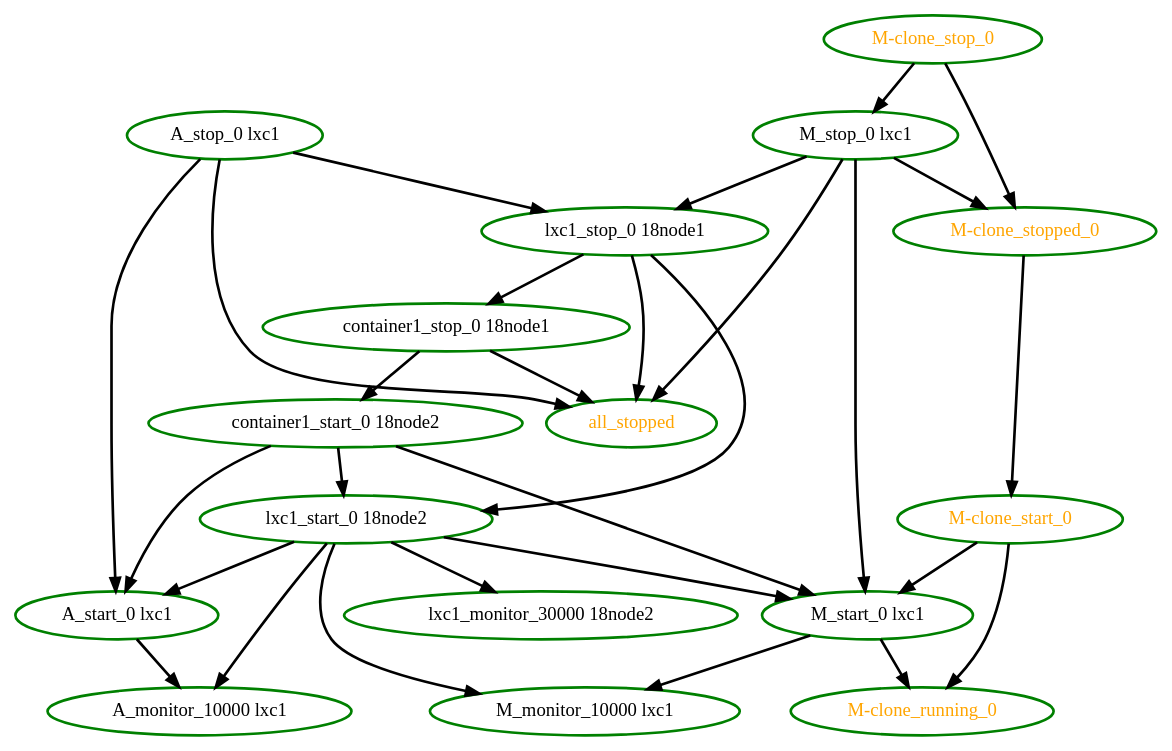
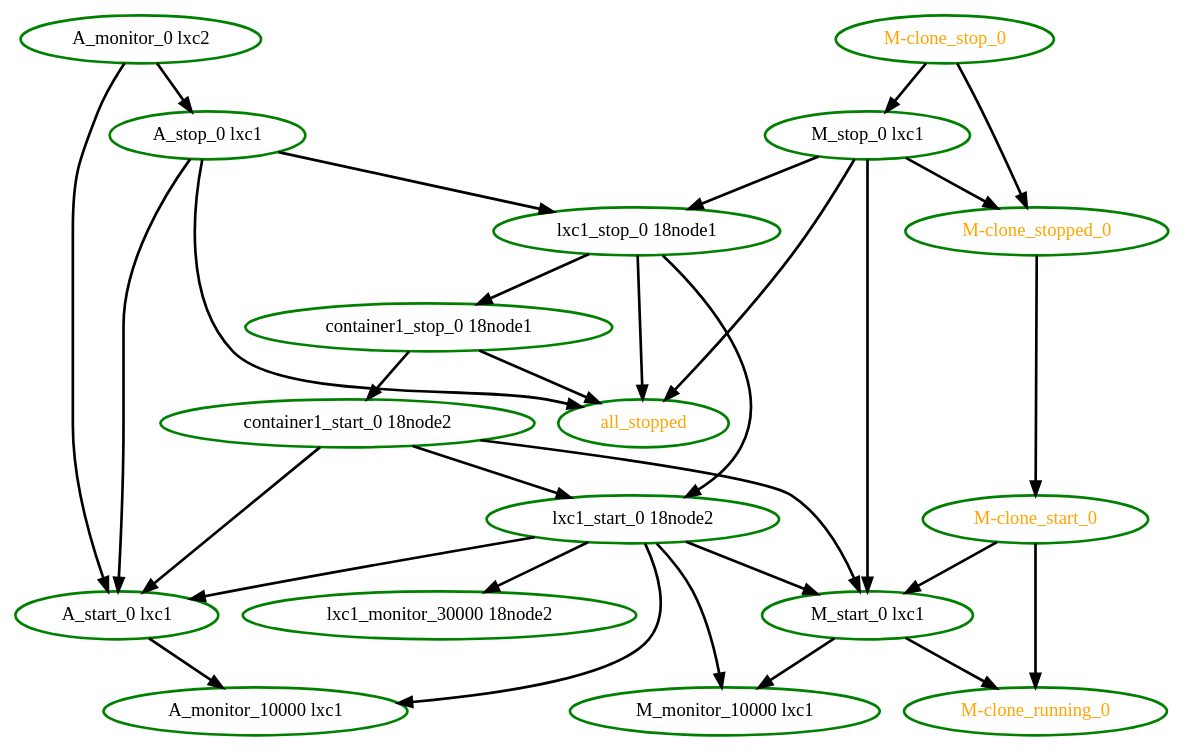
Before and after one commit to ClusterLabs/pacemaker: the diagram in pengine/test10/whitebox-move.dot, drawn with Graphviz. The commit also changed 63 other files, not shown here.

```diff
--- a/pengine/test10/whitebox-move.dot
+++ b/pengine/test10/whitebox-move.dot
@@ -1,46 +1,49 @@
 digraph "g" {
+"A_monitor_0 lxc2" -> "A_start_0 lxc1" [ style = bold]
+"A_monitor_0 lxc2" -> "A_stop_0 lxc1" [ style = bold]
+"A_monitor_0 lxc2" [ style=bold color="green" fontcolor="black"]
 "A_monitor_10000 lxc1" [ style=bold color="green" fontcolor="black"]
 "A_start_0 lxc1" -> "A_monitor_10000 lxc1" [ style = bold]
 "A_start_0 lxc1" [ style=bold color="green" fontcolor="black"]
 "A_stop_0 lxc1" -> "A_start_0 lxc1" [ style = bold]
 "A_stop_0 lxc1" -> "all_stopped" [ style = bold]
 "A_stop_0 lxc1" -> "lxc1_stop_0 18node1" [ style = bold]
 "A_stop_0 lxc1" [ style=bold color="green" fontcolor="black"]
 "M-clone_running_0" [ style=bold color="green" fontcolor="orange"]
 "M-clone_start_0" -> "M-clone_running_0" [ style = bold]
 "M-clone_start_0" -> "M_start_0 lxc1" [ style = bold]
 "M-clone_start_0" [ style=bold color="green" fontcolor="orange"]
 "M-clone_stop_0" -> "M-clone_stopped_0" [ style = bold]
 "M-clone_stop_0" -> "M_stop_0 lxc1" [ style = bold]
 "M-clone_stop_0" [ style=bold color="green" fontcolor="orange"]
 "M-clone_stopped_0" -> "M-clone_start_0" [ style = bold]
 "M-clone_stopped_0" [ style=bold color="green" fontcolor="orange"]
 "M_monitor_10000 lxc1" [ style=bold color="green" fontcolor="black"]
 "M_start_0 lxc1" -> "M-clone_running_0" [ style = bold]
 "M_start_0 lxc1" -> "M_monitor_10000 lxc1" [ style = bold]
 "M_start_0 lxc1" [ style=bold color="green" fontcolor="black"]
 "M_stop_0 lxc1" -> "M-clone_stopped_0" [ style = bold]
 "M_stop_0 lxc1" -> "M_start_0 lxc1" [ style = bold]
 "M_stop_0 lxc1" -> "all_stopped" [ style = bold]
 "M_stop_0 lxc1" -> "lxc1_stop_0 18node1" [ style = bold]
 "M_stop_0 lxc1" [ style=bold color="green" fontcolor="black"]
 "all_stopped" [ style=bold color="green" fontcolor="orange"]
 "container1_start_0 18node2" -> "A_start_0 lxc1" [ style = bold]
 "container1_start_0 18node2" -> "M_start_0 lxc1" [ style = bold]
 "container1_start_0 18node2" -> "lxc1_start_0 18node2" [ style = bold]
 "container1_start_0 18node2" [ style=bold color="green" fontcolor="black"]
 "container1_stop_0 18node1" -> "all_stopped" [ style = bold]
 "container1_stop_0 18node1" -> "container1_start_0 18node2" [ style = bold]
 "container1_stop_0 18node1" [ style=bold color="green" fontcolor="black"]
 "lxc1_monitor_30000 18node2" [ style=bold color="green" fontcolor="black"]
 "lxc1_start_0 18node2" -> "A_monitor_10000 lxc1" [ style = bold]
 "lxc1_start_0 18node2" -> "A_start_0 lxc1" [ style = bold]
 "lxc1_start_0 18node2" -> "M_monitor_10000 lxc1" [ style = bold]
 "lxc1_start_0 18node2" -> "M_start_0 lxc1" [ style = bold]
 "lxc1_start_0 18node2" -> "lxc1_monitor_30000 18node2" [ style = bold]
 "lxc1_start_0 18node2" [ style=bold color="green" fontcolor="black"]
 "lxc1_stop_0 18node1" -> "all_stopped" [ style = bold]
 "lxc1_stop_0 18node1" -> "container1_stop_0 18node1" [ style = bold]
 "lxc1_stop_0 18node1" -> "lxc1_start_0 18node2" [ style = bold]
 "lxc1_stop_0 18node1" [ style=bold color="green" fontcolor="black"]
 }
```
